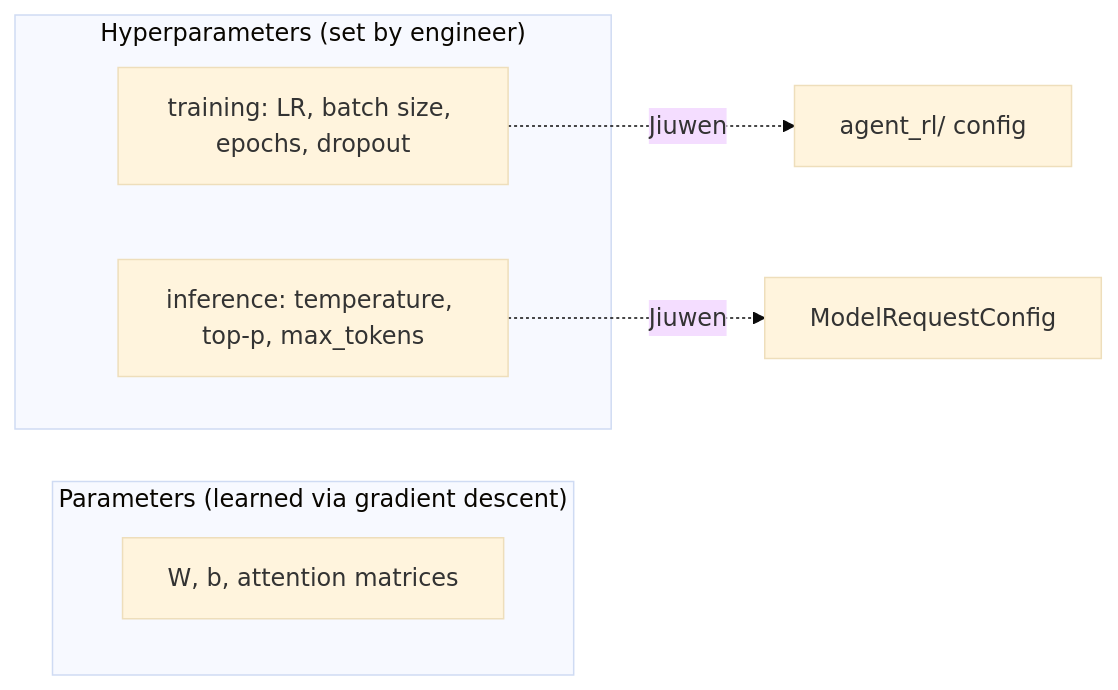
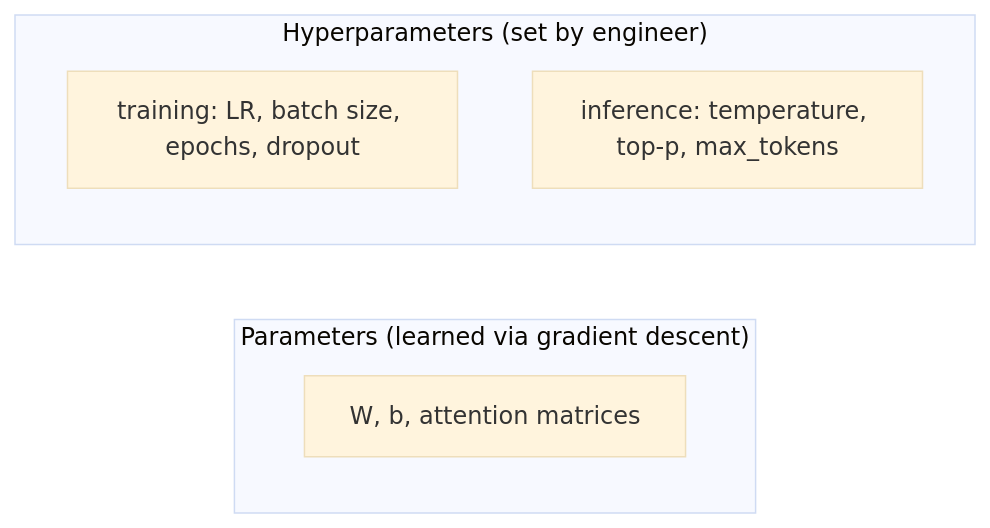
The fourth of 18 diagrams in content/topics/00-ml-foundations.md (michaelatamuk/openjiuwen-knowledge), drawn with Mermaid (base theme) before and after one commit. The commit also changed other lines of this file and 57 other files, not shown here.

````diff
--- a/content/topics/00-ml-foundations.md
+++ b/content/topics/00-ml-foundations.md
@@ -88,12 +55,10 @@
 ```mermaid
 flowchart LR
     subgraph LEARNED["Parameters (learned via gradient descent)"]
     W["W, b, attention matrices"]
     end
     subgraph CONFIG["Hyperparameters (set by engineer)"]
     T["training: LR, batch size, epochs, dropout"]
     I["inference: temperature, top-p, max_tokens"]
     end
-    T -.->|"Jiuwen"| RL["agent_rl/ config"]
-    I -.->|"Jiuwen"| MR["ModelRequestConfig"]
 ```
````
